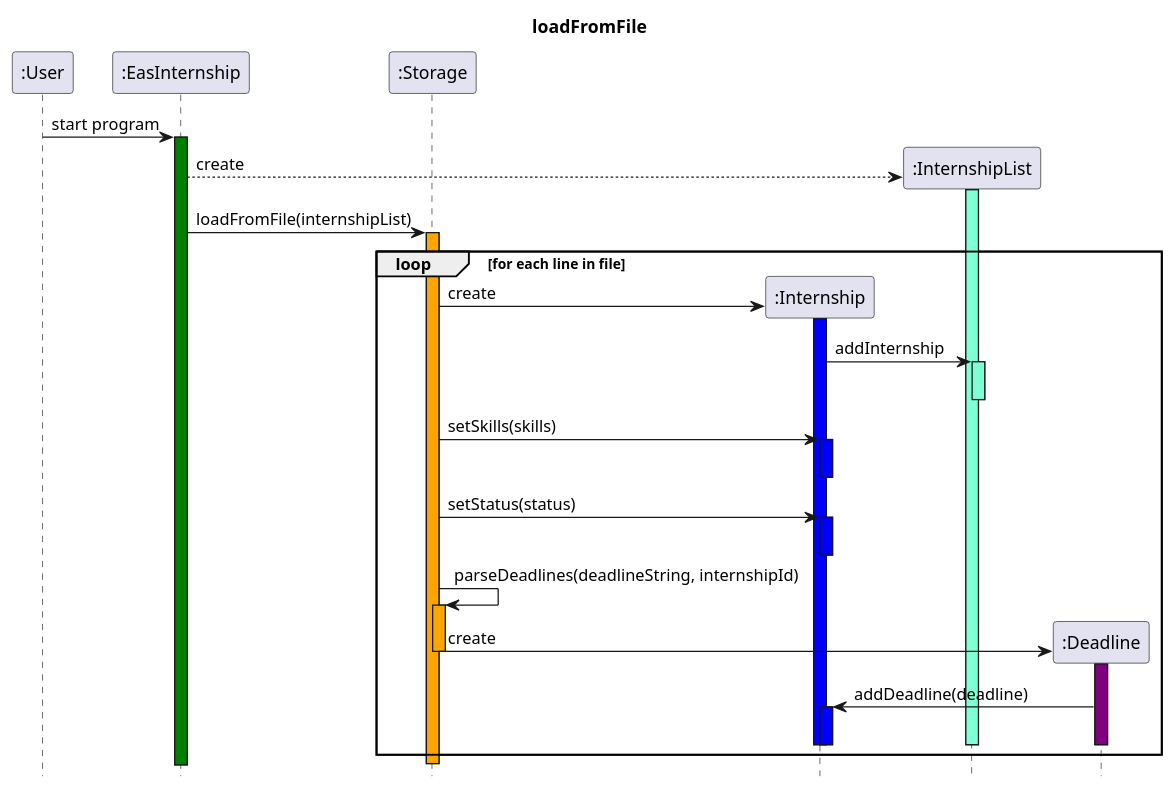
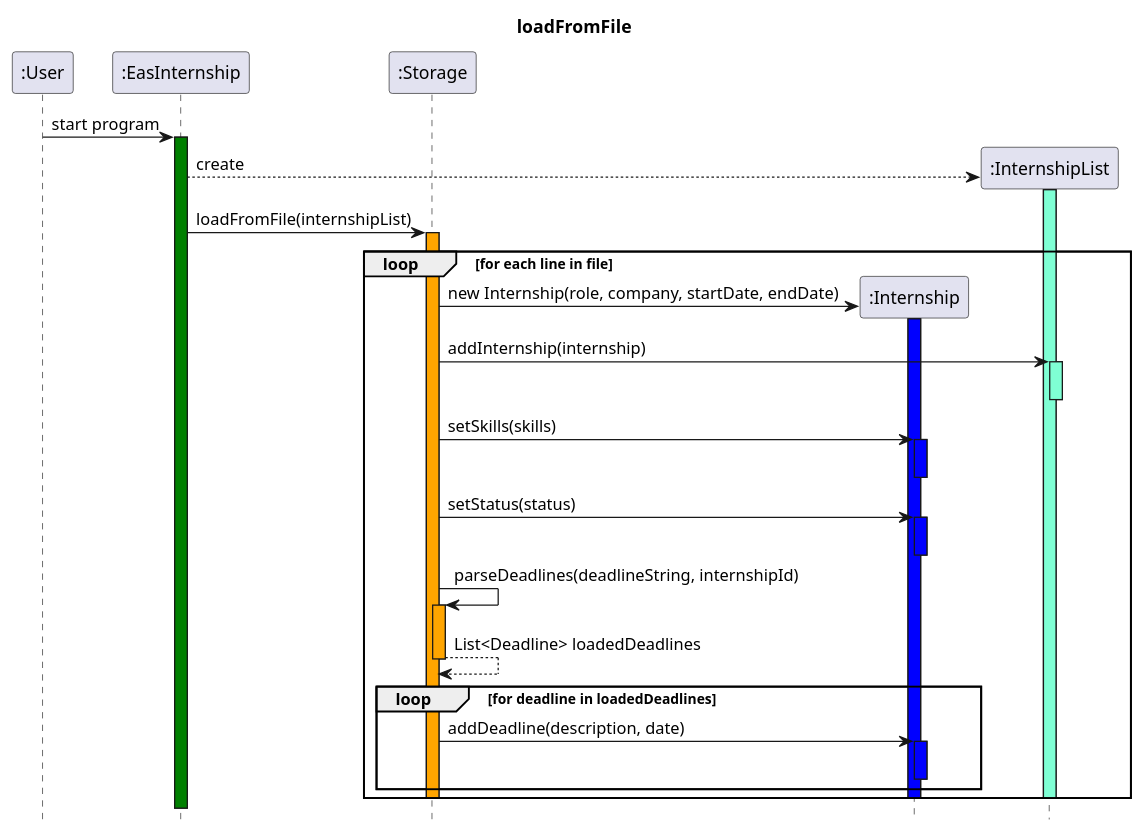
One commit to nus-cs2113-AY2425S1/tp changed the diagram in docs/UML/loadFromFile.puml. Above: the diagram before and after it, drawn with PlantUML. The commit also changed 5 other files, not shown here.

Commit message:
updated all diagrams

```diff
--- a/docs/UML/loadFromFile.puml
+++ b/docs/UML/loadFromFile.puml
@@ -1,49 +1,47 @@
 @startuml
 Title loadFromFile
 hide footbox
 participant ":User"
 participant ":EasInternship"
 participant ":Storage"
 participant ":Internship"
 participant ":InternshipList"
 
 ":User"->":EasInternship": start program
 activate ":EasInternship" #green
 ":EasInternship"-->":InternshipList" **: create
 activate ":InternshipList" #aquamarine
 deactivate ":InternshipList"
 ":EasInternship"->":Storage": loadFromFile(internshipList)
 activate ":Storage" #orange
 
 loop for each line in file
-    ":Storage"-> ":Internship" **: create
+    ":Storage"-> ":Internship" **: new Internship(role, company, startDate, endDate)
     activate ":Internship" #blue
-    ":Internship"->":InternshipList": addInternship
+    ":Storage"->":InternshipList": addInternship(internship)
     activate ":InternshipList" #aquamarine
     deactivate ":InternshipList"
     ":Storage" -> ":Internship" :setSkills(skills)
     activate ":Internship" #blue
     deactivate ":Internship"
     ":Storage" -> ":Internship" : setStatus(status)
     activate ":Internship" #blue
     deactivate ":Internship"
 
     ":Storage" -> ":Storage": parseDeadlines(deadlineString, internshipId)
-        activate ":Storage" #orange
-
-        ":Storage" -> ":Deadline"**:create
-        activate ":Deadline" #purple
-        deactivate ":Deadline"
-        deactivate ":Storage"
-
-        ":Deadline" -> ":Internship" : addDeadline(deadline)
+    activate ":Storage" #orange
+    return List<Deadline> loadedDeadlines
+    loop for deadline in loadedDeadlines
+        ":Storage" -> ":Internship" : addDeadline(description, date)
         activate ":Internship" #blue
         deactivate ":Internship"
+    end
+
+        deactivate ":Storage"
         deactivate ":Internship"
-        deactivate ":Deadline"
         deactivate ":InternshipList"
 end
 deactivate ":Storage"
 
 
 @enduml
```
